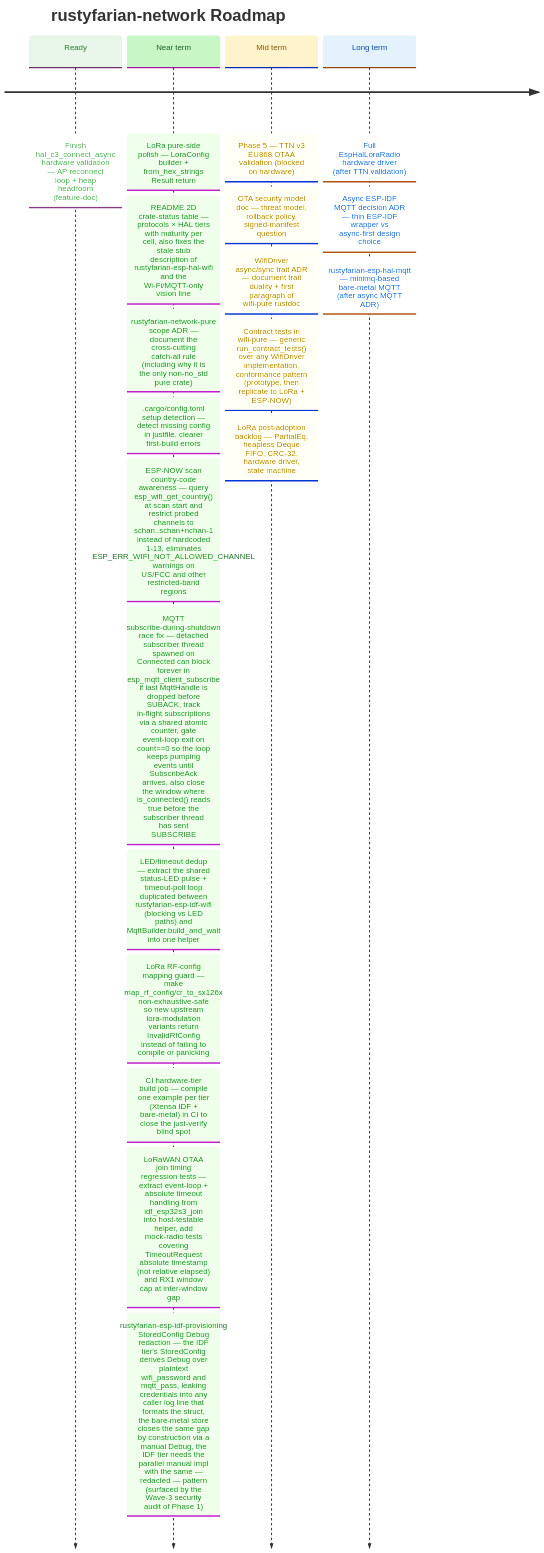
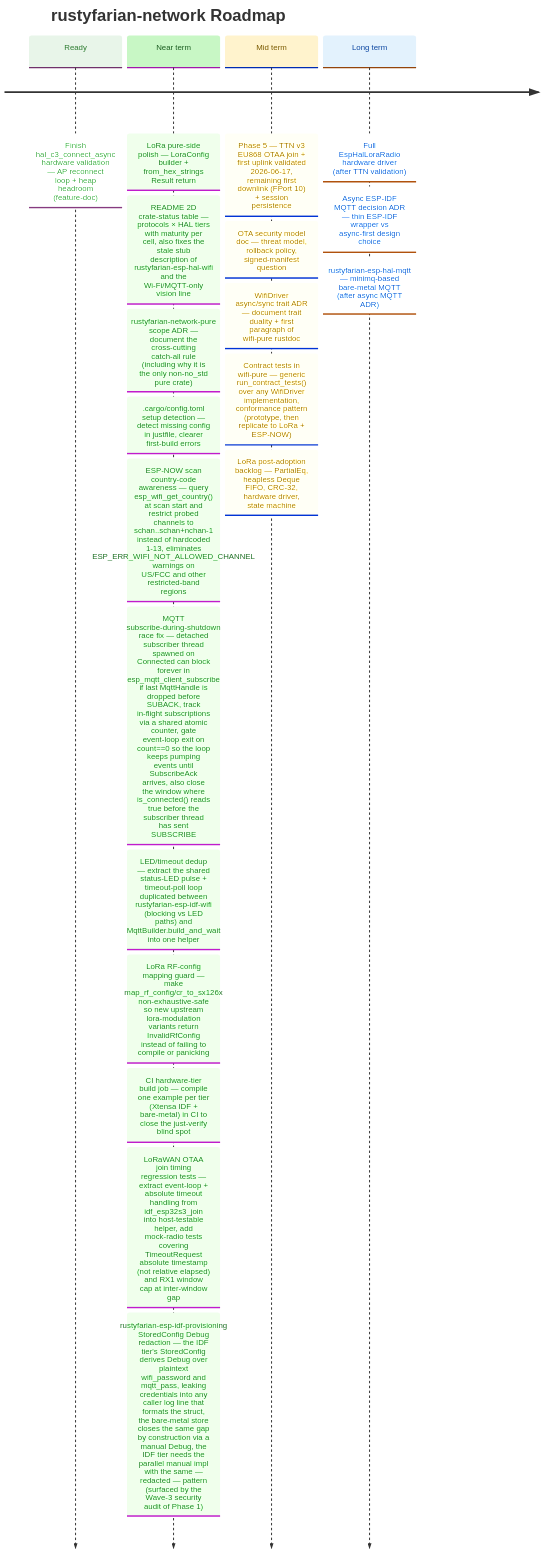
The diagram in docs/ROADMAP.md (datenkollektiv/rustyfarian-network), drawn with Mermaid before and after one commit. The commit also changed other lines of this file and 13 other files, not shown here.

Commit message:
Clean up post-release docs, roadmap, and dependency-hygiene tooling

````diff
--- a/docs/ROADMAP.md
+++ b/docs/ROADMAP.md
@@ -14,42 +18,42 @@
 ```mermaid
 %%{init: {
   "theme": "base",
   "themeVariables": {
     "cScale0": "#e8f5e9",
     "cScaleLabel0": "#2e7d32",
     "cScale1": "#c8f7c5",
     "cScaleLabel1": "#1b5e20",
     "cScale2": "#fff3cd",
     "cScaleLabel2": "#7a5a00",
     "cScale3": "#e3f2fd",
     "cScaleLabel3": "#0d47a1"
   }
 }}%%
 
 timeline
     title rustyfarian-network Roadmap
 
     Ready     : Finish hal_c3_connect_async hardware validation — AP reconnect loop + heap headroom (feature-doc)
 
     Near term : LoRa pure-side polish — LoraConfig builder + from_hex_strings Result return
               : README 2D crate-status table — protocols × HAL tiers with maturity per cell, also fixes the stale stub description of rustyfarian-esp-hal-wifi and the Wi-Fi/MQTT-only vision line
               : rustyfarian-network-pure scope ADR — document the cross-cutting catch-all rule (including why it is the only non-no_std pure crate)
               : .cargo/config.toml setup detection — detect missing config in justfile, clearer first-build errors
               : ESP-NOW scan country-code awareness — query esp_wifi_get_country() at scan start and restrict probed channels to schan..schan+nchan-1 instead of hardcoded 1-13, eliminates ESP_ERR_WIFI_NOT_ALLOWED_CHANNEL warnings on US/FCC and other restricted-band regions
               : MQTT subscribe-during-shutdown race fix — detached subscriber thread spawned on Connected can block forever in esp_mqtt_client_subscribe if last MqttHandle is dropped before SUBACK, track in-flight subscriptions via a shared atomic counter, gate event-loop exit on count==0 so the loop keeps pumping events until SubscribeAck arrives, also close the window where is_connected() reads true before the subscriber thread has sent SUBSCRIBE
               : LED/timeout dedup — extract the shared status-LED pulse + timeout-poll loop duplicated between rustyfarian-esp-idf-wifi (blocking vs LED paths) and MqttBuilder.build_and_wait into one helper
               : LoRa RF-config mapping guard — make map_rf_config/cr_to_sx126x non-exhaustive-safe so new upstream lora-modulation variants return InvalidRfConfig instead of failing to compile or panicking
               : CI hardware-tier build job — compile one example per tier (Xtensa IDF + bare-metal) in CI to close the just-verify blind spot
               : LoRaWAN OTAA join timing regression tests — extract event-loop + absolute timeout handling from idf_esp32s3_join into host-testable helper, add mock-radio tests covering TimeoutRequest absolute timestamp (not relative elapsed) and RX1 window cap at inter-window gap
               : rustyfarian-esp-idf-provisioning StoredConfig Debug redaction — the IDF tier's StoredConfig derives Debug over plaintext wifi_password and mqtt_pass, leaking credentials into any caller log line that formats the struct, the bare-metal store closes the same gap by construction via a manual Debug, the IDF tier needs the parallel manual impl with the same — redacted — pattern (surfaced by the Wave-3 security audit of Phase 1)
 
-    Mid term  : Phase 5 — TTN v3 EU868 OTAA validation (blocked on hardware)
+    Mid term  : Phase 5 — TTN v3 EU868 OTAA join + first uplink validated 2026-06-17, remaining first downlink (FPort 10) + session persistence
               : OTA security model doc — threat model, rollback policy, signed-manifest question
               : WifiDriver async/sync trait ADR — document trait duality + first paragraph of wifi-pure rustdoc
               : Contract tests in wifi-pure — generic run_contract_tests() over any WifiDriver implementation, conformance pattern (prototype, then replicate to LoRa + ESP-NOW)
               : LoRa post-adoption backlog — PartialEq, heapless Deque FIFO, CRC-32, hardware driver, state machine
 
     Long term : Full EspHalLoraRadio hardware driver (after TTN validation)
               : Async ESP-IDF MQTT decision ADR — thin ESP-IDF wrapper vs async-first design choice
               : rustyfarian-esp-hal-mqtt — minimq-based bare-metal MQTT (after async MQTT ADR)
 ```
````
